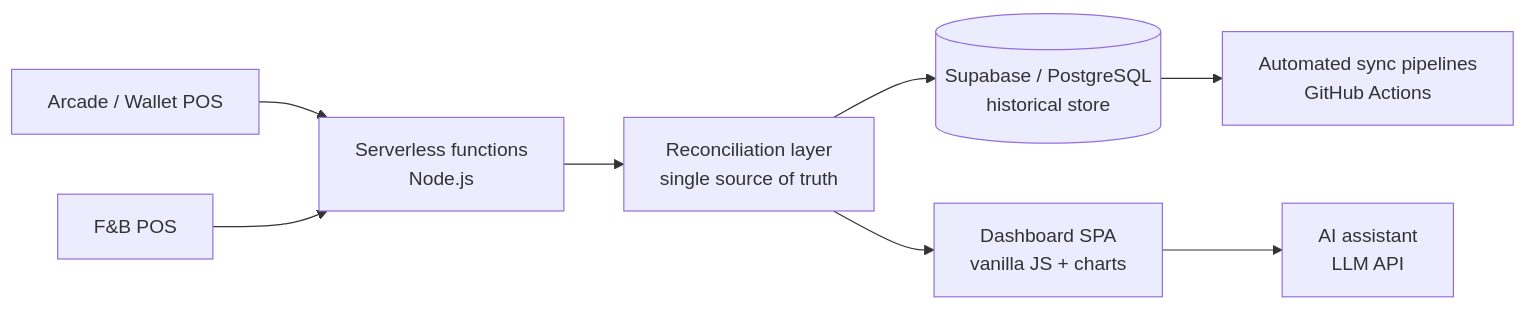
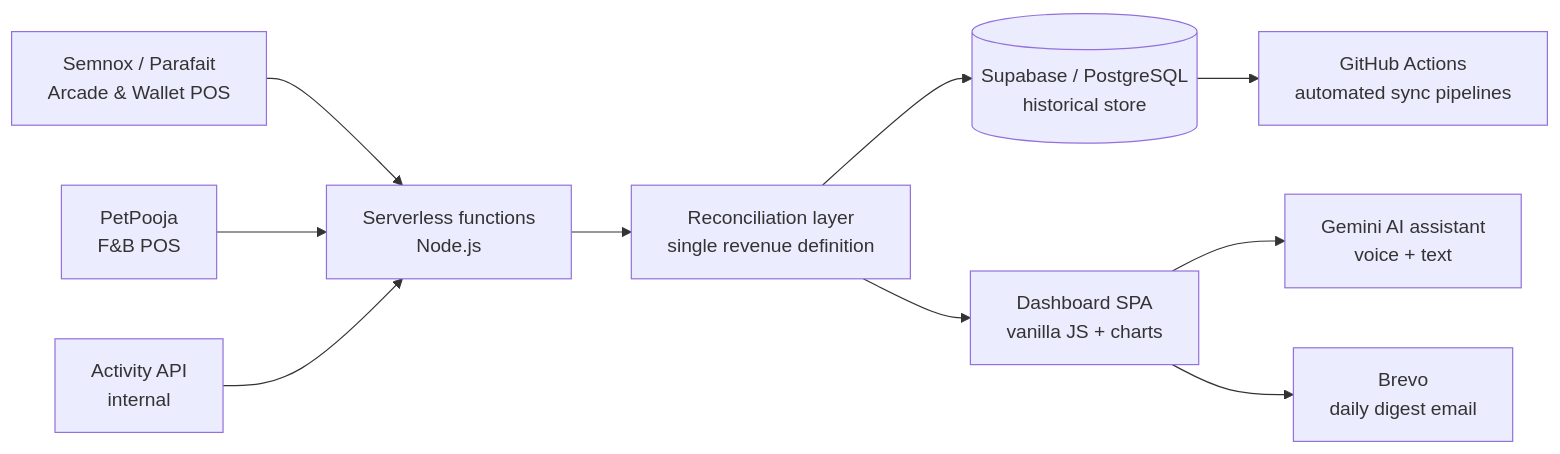
The diagram in README.md (Souvikkundu369/fec-analytics-platform), drawn with Mermaid before and after one commit. The commit also changed other lines of this file, not shown here.

````diff
--- a/README.md
+++ b/README.md
@@ -36,10 +35,12 @@
 ```mermaid
 flowchart LR
-    A[Arcade / Wallet POS] --> R[Serverless functions<br/>Node.js]
-    B[F&B POS] --> R
-    R --> C[Reconciliation layer<br/>single source of truth]
-    C --> D[(Supabase / PostgreSQL<br/>historical store)]
-    D --> E[Automated sync pipelines<br/>GitHub Actions]
-    C --> F[Dashboard SPA<br/>vanilla JS + charts]
-    F --> G[AI assistant<br/>LLM API]
+    A[Semnox / Parafait<br/>Arcade & Wallet POS] --> R[Serverless functions<br/>Node.js]
+    B[PetPooja<br/>F&B POS] --> R
+    C[Activity API<br/>internal] --> R
+    R --> D[Reconciliation layer<br/>single revenue definition]
+    D --> E[(Supabase / PostgreSQL<br/>historical store)]
+    E --> F[GitHub Actions<br/>automated sync pipelines]
+    D --> G[Dashboard SPA<br/>vanilla JS + charts]
+    G --> H[Gemini AI assistant<br/>voice + text]
+    G --> I[Brevo<br/>daily digest email]
 ```
````
